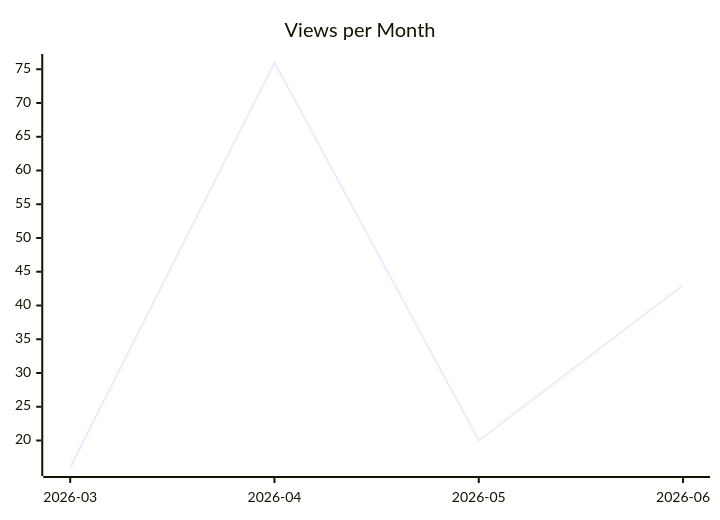
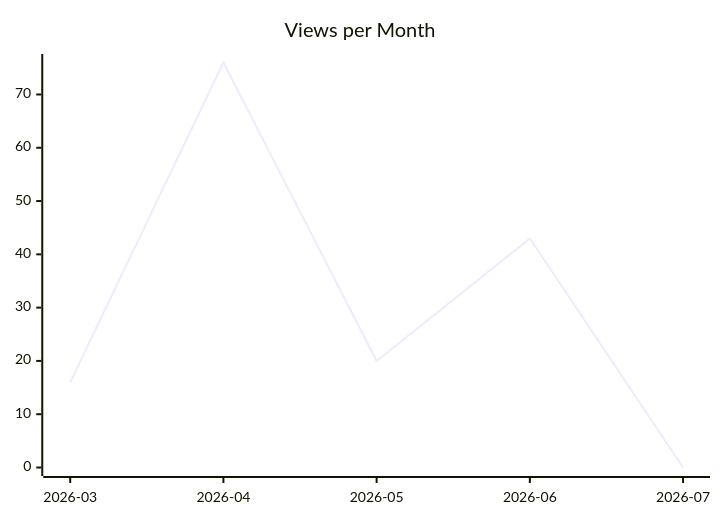
The second of 3 diagrams in karlmdavis/ksoap2-android/README.md (justdavis-family/github-analytics-data), drawn with Mermaid before and after one commit. The commit also changed other lines of this file and 199 other files, not shown here.

````diff
--- a/karlmdavis/ksoap2-android/README.md
+++ b/karlmdavis/ksoap2-android/README.md
@@ -12,6 +12,6 @@
 ```mermaid
 xychart-beta
   title "Views per Month"
-  x-axis ["2026-03", "2026-04", "2026-05", "2026-06"]
-  line [16, 76, 20, 43]
+  x-axis ["2026-03", "2026-04", "2026-05", "2026-06", "2026-07"]
+  line [16, 76, 20, 43, 0]
 ```
````
